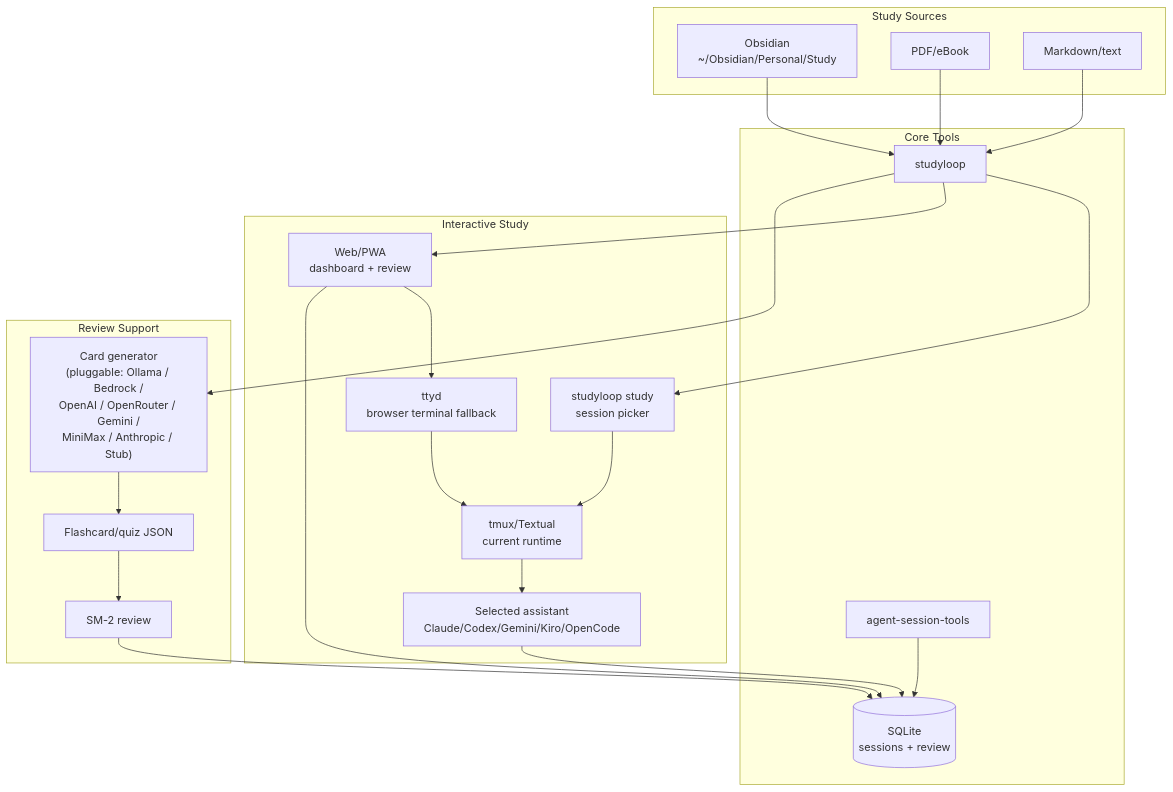
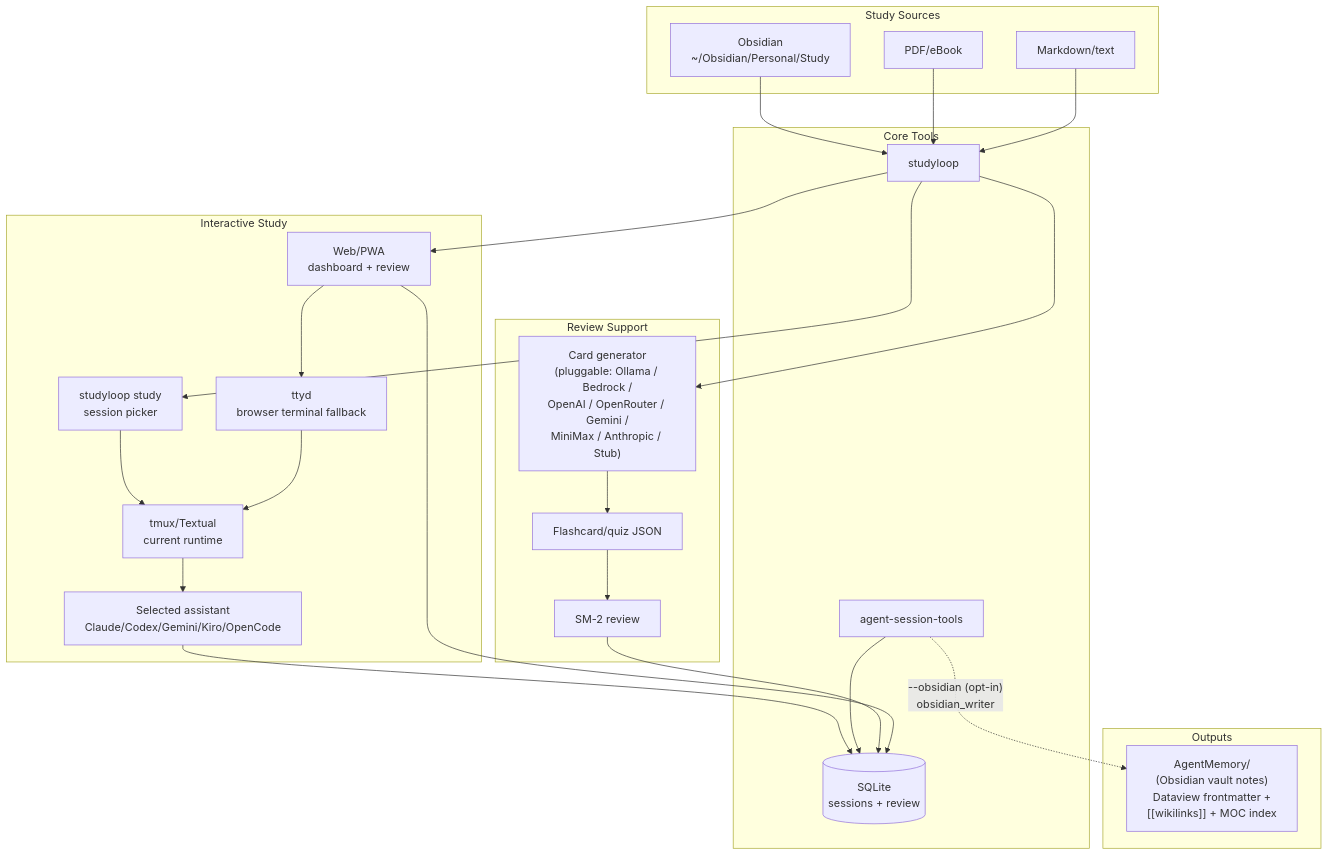
One commit to NetDevAutomate/StudyLoop changed the first of 4 diagrams in docs/system-overview.md. Above: the diagram before and after it, drawn with Mermaid. The commit also changed 10 other files, not shown here.

First line of the commit message:
docs: document Obsidian session-memory export + update C4 diagrams

````diff
--- a/docs/system-overview.md
+++ b/docs/system-overview.md
@@ -14,45 +14,50 @@
 ```mermaid
 flowchart TB
     subgraph "Study Sources"
         Obsidian["Obsidian<br/>~/Obsidian/Personal/Study"]
         PDF["PDF/eBook"]
         Text["Markdown/text"]
     end
 
     subgraph "Core Tools"
         Studyctl["studyloop"]
         AST["agent-session-tools"]
         DB[("SQLite<br/>sessions + review")]
     end
 
     subgraph "Interactive Study"
         Picker["studyloop study<br/>session picker"]
         Agent["Selected assistant<br/>Claude/Codex/Gemini/Kiro/OpenCode"]
         Tmux["tmux/Textual<br/>current runtime"]
         Web["Web/PWA<br/>dashboard + review"]
         TTYD["ttyd<br/>browser terminal fallback"]
     end
 
     subgraph "Review Support"
         Generator["Card generator<br/>(pluggable: Ollama / Bedrock /<br/>OpenAI / OpenRouter / Gemini /<br/>MiniMax / Anthropic / Stub)"]
         JSON["Flashcard/quiz JSON"]
         Review["SM-2 review"]
     end
 
+    subgraph "Outputs"
+        AgentMemory["AgentMemory/<br/>(Obsidian vault notes)<br/>Dataview frontmatter +<br/>[[wikilinks]] + MOC index"]
+    end
+
     Obsidian --> Studyctl
     PDF --> Studyctl
     Text --> Studyctl
     Studyctl --> Picker
     Picker --> Tmux
     Tmux --> Agent
     Studyctl --> Web
     Web --> TTYD
     TTYD --> Tmux
     Agent --> DB
     AST --> DB
+    AST -.->|"--obsidian (opt-in)<br/>obsidian_writer"| AgentMemory
     Studyctl --> Generator
     Generator --> JSON
     JSON --> Review
     Review --> DB
     Web --> DB
 ```
````
